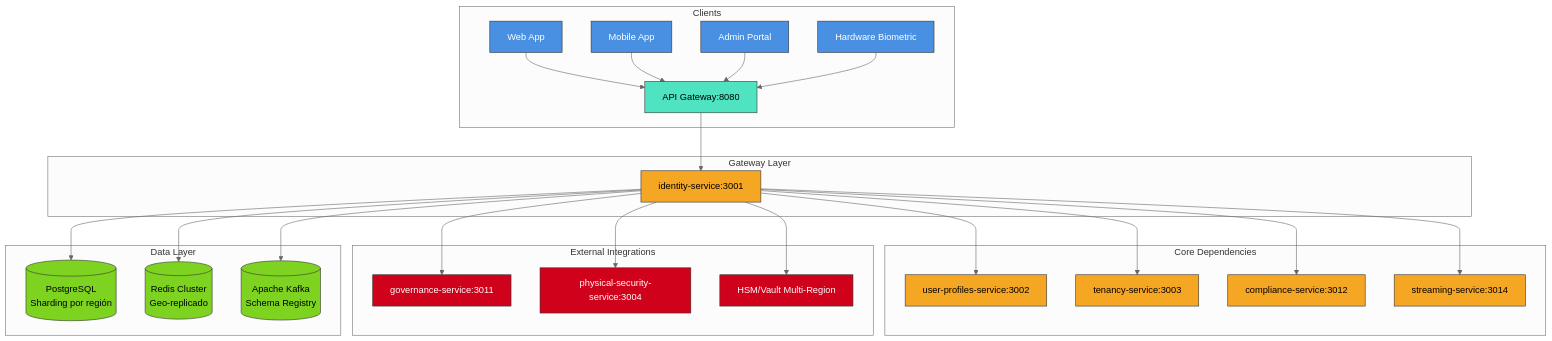
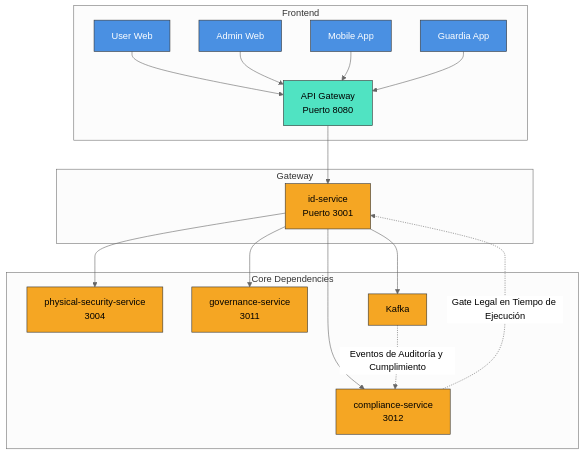
One commit to latamteks-cmyk/Spec changed the diagram in identity-service.md. Above: the diagram before and after it, drawn with Mermaid (neutral theme). The commit also changed other lines of this file, not shown here.

````diff
--- a/identity-service.md
+++ b/identity-service.md
@@ -44,44 +36,24 @@
 ```mermaid
 graph TD
-    subgraph Clients
-        W[Web App] --> GW
-        M[Mobile App] --> GW
-        A[Admin Portal] --> GW
-        H[Hardware Biometric] --> GW
+    subgraph Frontend
+        F1[User Web] --> G
+        F2[Admin Web] --> G
+        F3[Mobile App] --> G
+        F4[Guardia App] --> G
     end
-    
-    subgraph Gateway Layer
-        GW[API Gateway:8080] --> ID[identity-service:3001]
+    subgraph Gateway
+        G[API Gateway<br/>Puerto 8080] --> ID[id-service<br/>Puerto 3001]
     end
-    
     subgraph Core Dependencies
-        ID --> UP[user-profiles-service:3002]
-        ID --> TS[tenancy-service:3003]
-        ID --> CS[compliance-service:3012]
-        ID --> SS[streaming-service:3014]
+        ID --> CPLY[compliance-service<br/>3012] -. Gate Legal en Tiempo de Ejecución .-> ID
+        ID --> PS[physical-security-service<br/>3004]
+        ID --> GS[governance-service<br/>3011]
+        ID --> K[Kafka] -. Eventos de Auditoría y Cumplimiento .-> CPLY
     end
-    
-    subgraph External Integrations
-        ID --> GS[governance-service:3011]
-        ID --> PS[physical-security-service:3004]
-        ID --> VA[HSM/Vault Multi-Region]
-    end
-    
-    subgraph Data Layer
-        ID --> PG[(PostgreSQL<br/>Sharding por región)]
-        ID --> RD[(Redis Cluster<br/>Geo-replicado)]
-        ID --> KF[(Apache Kafka<br/>Schema Registry)]
-    end
-    
-    classDef client fill:#4A90E2,stroke:#333,color:white;
+    classDef frontend fill:#4A90E2,stroke:#333,color:white;
     classDef gateway fill:#50E3C2,stroke:#333,color:black;
     classDef service fill:#F5A623,stroke:#333,color:black;
-    classDef external fill:#D0021B,stroke:#333,color:white;
-    classDef data fill:#7ED321,stroke:#333,color:black;
-    
-    class W,M,A,H client
-    class GW gateway
-    class ID,UP,TS,CS,SS service
-    class GS,PS,VA external
-    class PG,RD,KF data
+    class F1,F2,F3,F4 frontend
+    class G gateway
+    class ID,CPLY,PS,GS,K service
 ```
````
